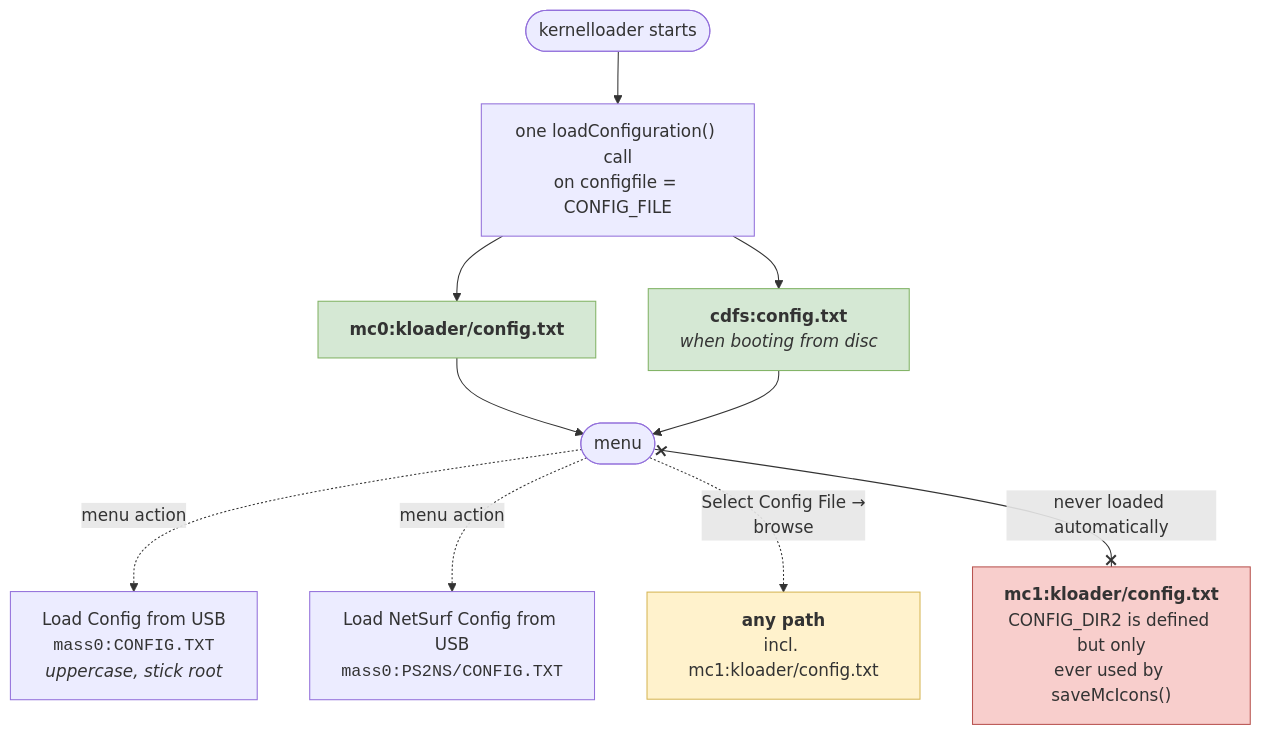
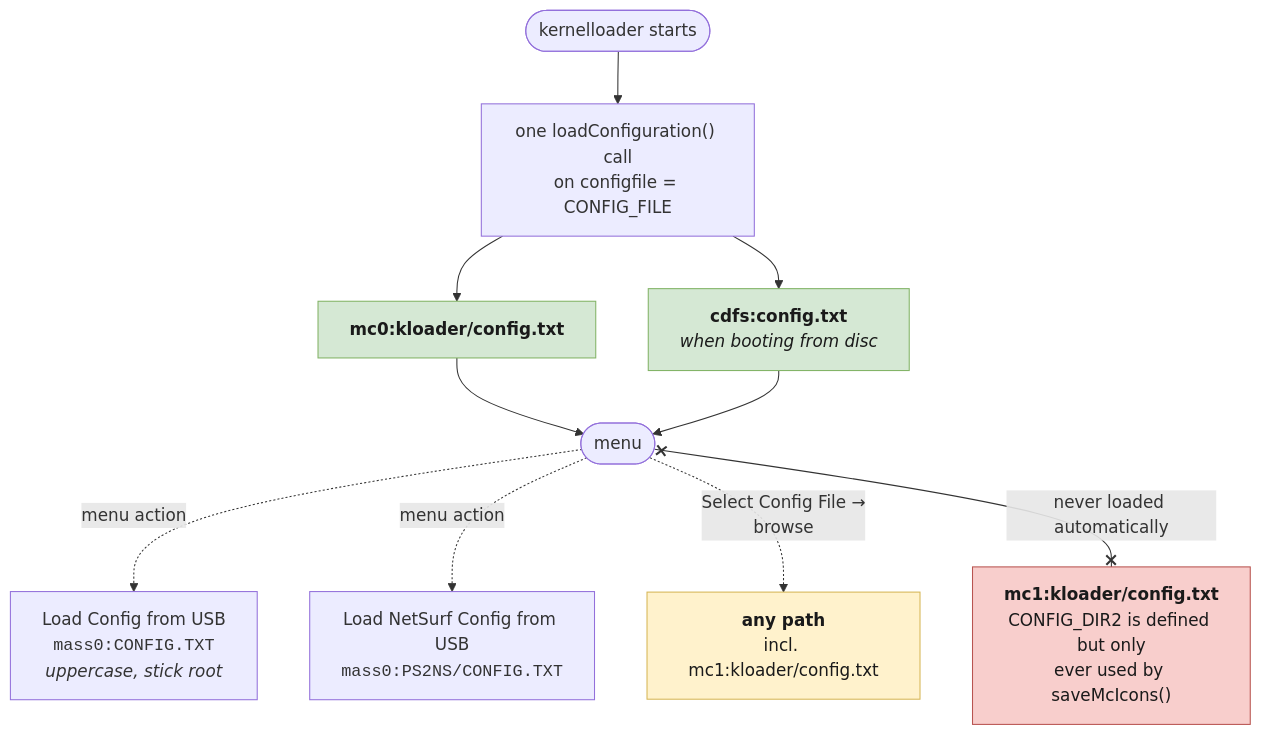
The second of 3 diagrams in docs/kernelloader-internals.md (Arawn-Davies/kernelreloaded), drawn with Mermaid before and after one commit. The commit also changed other lines of this file and 2 other files, not shown here.

First line of the commit message:
Fix mermaid contrast in dark mode

````diff
--- a/docs/kernelloader-internals.md
+++ b/docs/kernelloader-internals.md
@@ -97,21 +93,21 @@
 ```mermaid
 flowchart TD
     S([kernelloader starts]) --> AUTO["one loadConfiguration() call<br/>on configfile = CONFIG_FILE"]
     AUTO --> A1["<b>mc0:kloader/config.txt</b>"]
     AUTO --> A2["<b>cdfs:config.txt</b><br/><i>when booting from disc</i>"]
     A1 --> UI([menu])
     A2 --> UI
 
     UI -.->|menu action| M1["Load Config from USB<br/><code>mass0:CONFIG.TXT</code><br/><i>uppercase, stick root</i>"]
     UI -.->|menu action| M2["Load NetSurf Config from USB<br/><code>mass0:PS2NS/CONFIG.TXT</code>"]
     UI -.->|"Select Config File →<br/>browse"| M3["<b>any path</b><br/>incl. mc1:kloader/config.txt"]
 
     X["<b>mc1:kloader/config.txt</b><br/>CONFIG_DIR2 is defined but only<br/>ever used by saveMcIcons()"]
 
     UI x--x|"never loaded automatically"| X
 
-    style A1 fill:#d5e8d4,stroke:#82b366
-    style A2 fill:#d5e8d4,stroke:#82b366
-    style X fill:#f8cecc,stroke:#b85450
-    style M3 fill:#fff2cc,stroke:#d6b656
+    style A1 fill:#d5e8d4,stroke:#82b366,color:#1a1a1a
+    style A2 fill:#d5e8d4,stroke:#82b366,color:#1a1a1a
+    style X fill:#f8cecc,stroke:#b85450,color:#1a1a1a
+    style M3 fill:#fff2cc,stroke:#d6b656,color:#1a1a1a
 ```
````
